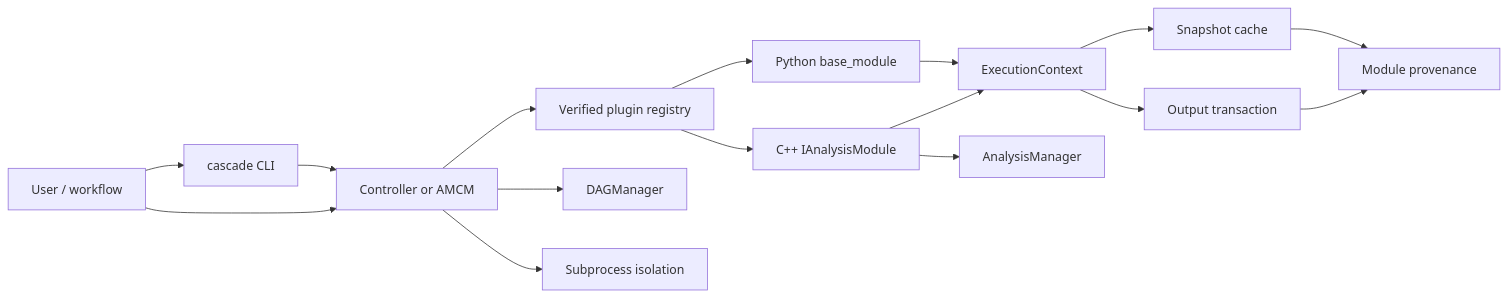
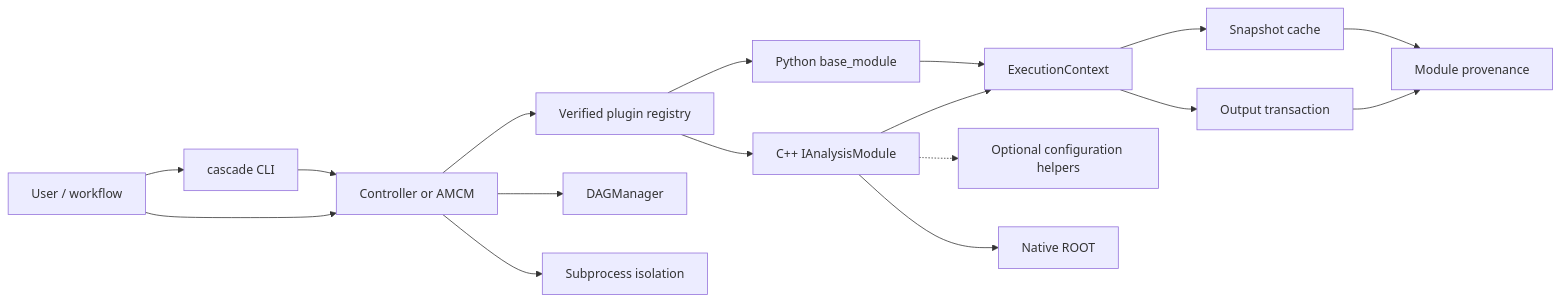
One commit to hlee-hep/cascade changed the diagram in docs/architecture.md. Above: the diagram before and after it, drawn with Mermaid. The commit also changed other lines of this file and 75 other files, not shown here.

Commit message:
Simplify analysis configuration and unify plotting and runtime packaging

````diff
--- a/docs/architecture.md
+++ b/docs/architecture.md
@@ -5,18 +5,19 @@
 ```mermaid
 flowchart LR
     U["User / workflow"] --> Q["cascade CLI"]
     U --> C["Controller or AMCM"]
     Q --> C
     C --> R["Verified plugin registry"]
     R --> M["C++ IAnalysisModule"]
     R --> P["Python base_module"]
     M --> X["ExecutionContext"]
     P --> X
     X --> O["Output transaction"]
     X --> K["Snapshot cache"]
     O --> V["Module provenance"]
     K --> V
-    M --> A["AnalysisManager"]
+    M -.-> A["Optional configuration helpers"]
+    M --> N["Native ROOT"]
     C --> D["DAGManager"]
     C --> I["Subprocess isolation"]
 ```
````
